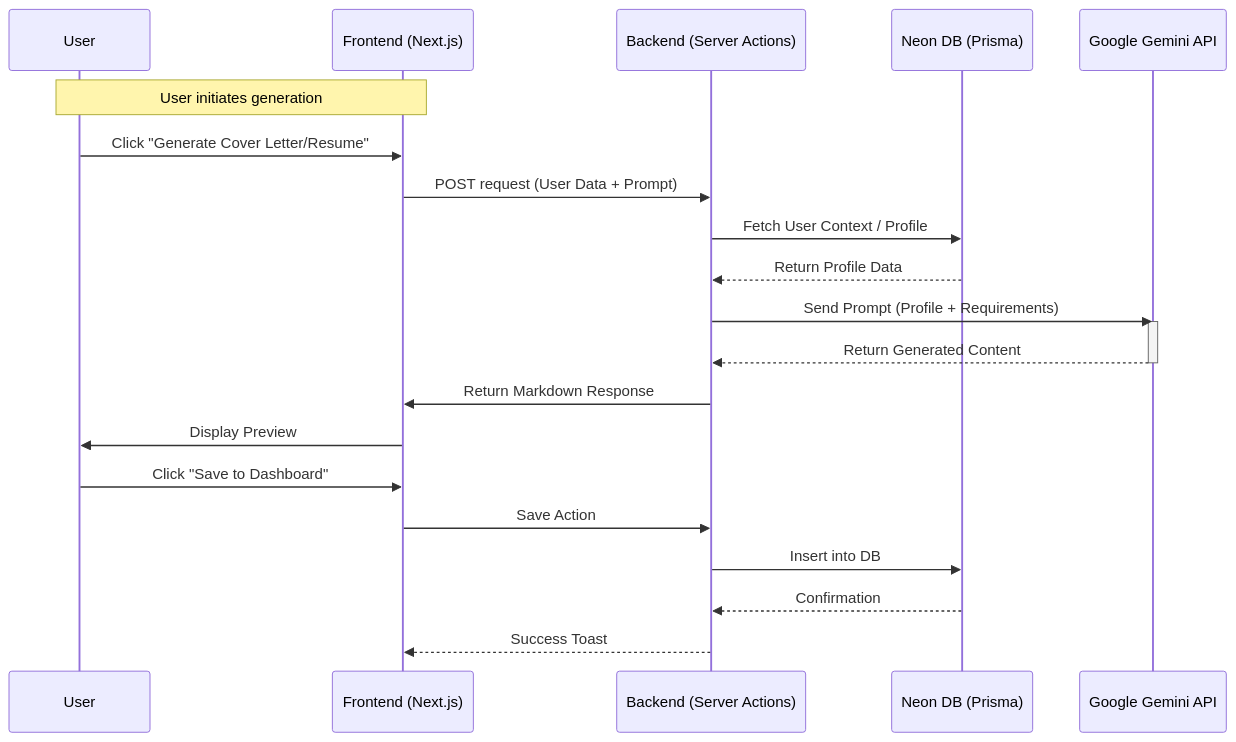
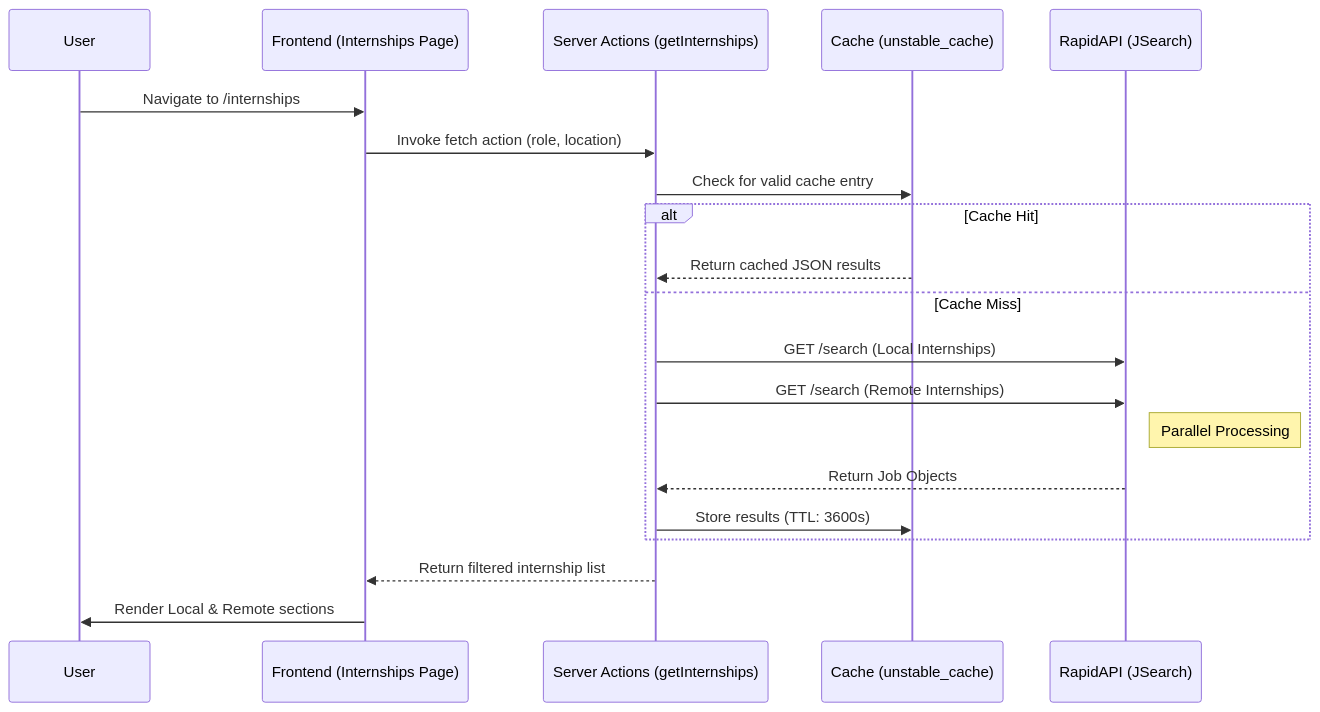
The third of 5 diagrams in docs/UML_Diagrams.md (MohammedFawzaan/AI-Career-Pilot), drawn with Mermaid before and after one commit. The commit also changed other lines of this file and 8 other files, not shown here.

````diff
--- a/docs/UML_Diagrams.md
+++ b/docs/UML_Diagrams.md
@@ -82,29 +97,25 @@
 ```mermaid
 sequenceDiagram
     participant U as User
-    participant FE as Frontend (Next.js)
-    participant BE as Backend (Server Actions)
-    participant DB as Neon DB (Prisma)
-    participant AI as Google Gemini API
+    participant FE as Frontend (Internships Page)
+    participant BE as Server Actions (getInternships)
+    participant CA as Cache (unstable_cache)
+    participant RA as RapidAPI (JSearch)
 
-    note over U, FE: User initiates generation
-
-    U->>FE: Click "Generate Cover Letter/Resume"
-    FE->>BE: POST request (User Data + Prompt)
-    BE->>DB: Fetch User Context / Profile
-    DB-->>BE: Return Profile Data
+    U->>FE: Navigate to /internships
+    FE->>BE: Invoke fetch action (role, location)
+    BE->>CA: Check for valid cache entry
     
-    BE->>AI: Send Prompt (Profile + Requirements)
-    activate AI
-    AI-->>BE: Return Generated Content
-    deactivate AI
+    alt Cache Hit
+        CA-->>BE: Return cached JSON results
+    else Cache Miss
+        BE->>RA: GET /search (Local Internships)
+        BE->>RA: GET /search (Remote Internships)
+        Note right of RA: Parallel Processing
+        RA-->>BE: Return Job Objects
+        BE->>CA: Store results (TTL: 3600s)
+    end
     
-    BE->>FE: Return Markdown Response
-    FE->>U: Display Preview
-    
-    U->>FE: Click "Save to Dashboard"
-    FE->>BE: Save Action
-    BE->>DB: Insert into DB
-    DB-->>BE: Confirmation
-    BE-->>FE: Success Toast
+    BE-->>FE: Return filtered internship list
+    FE->>U: Render Local & Remote sections
 ```
````
